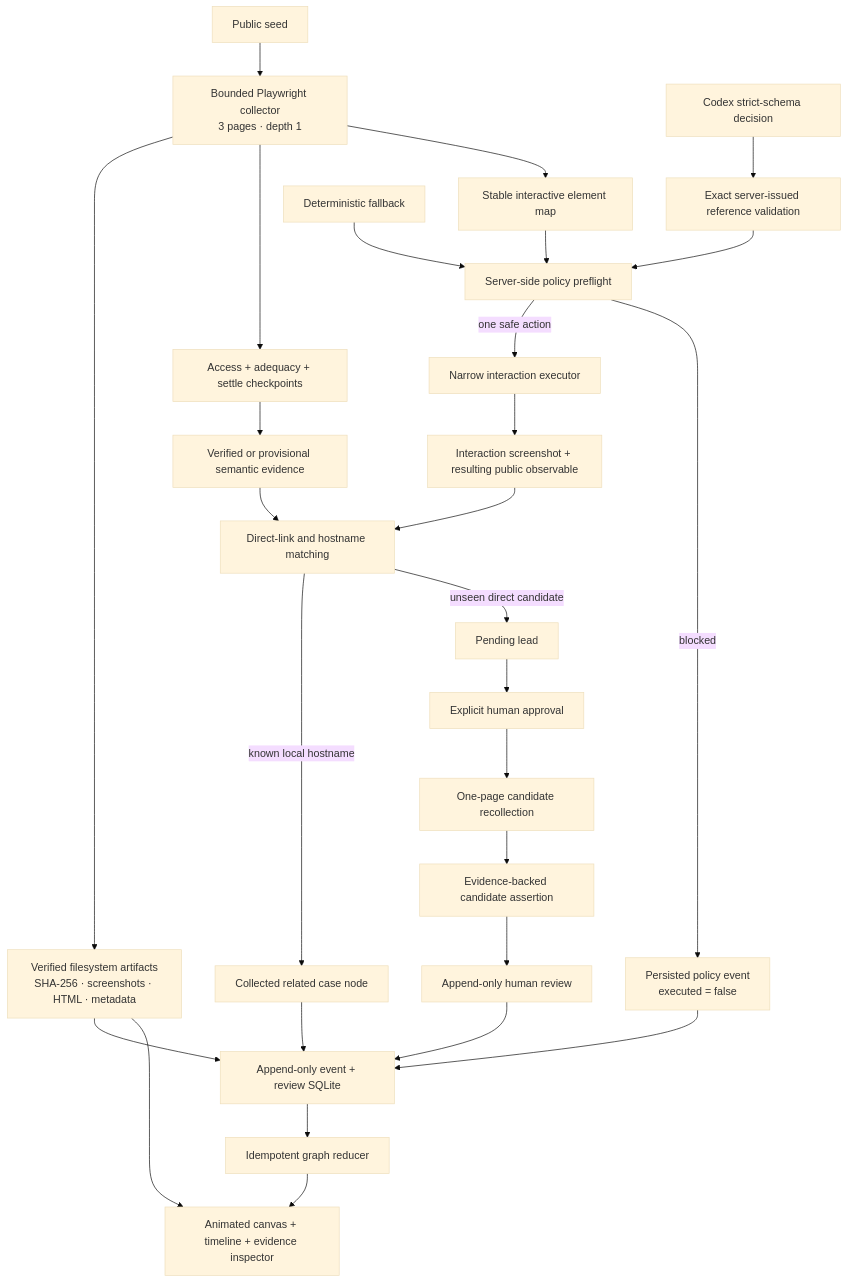
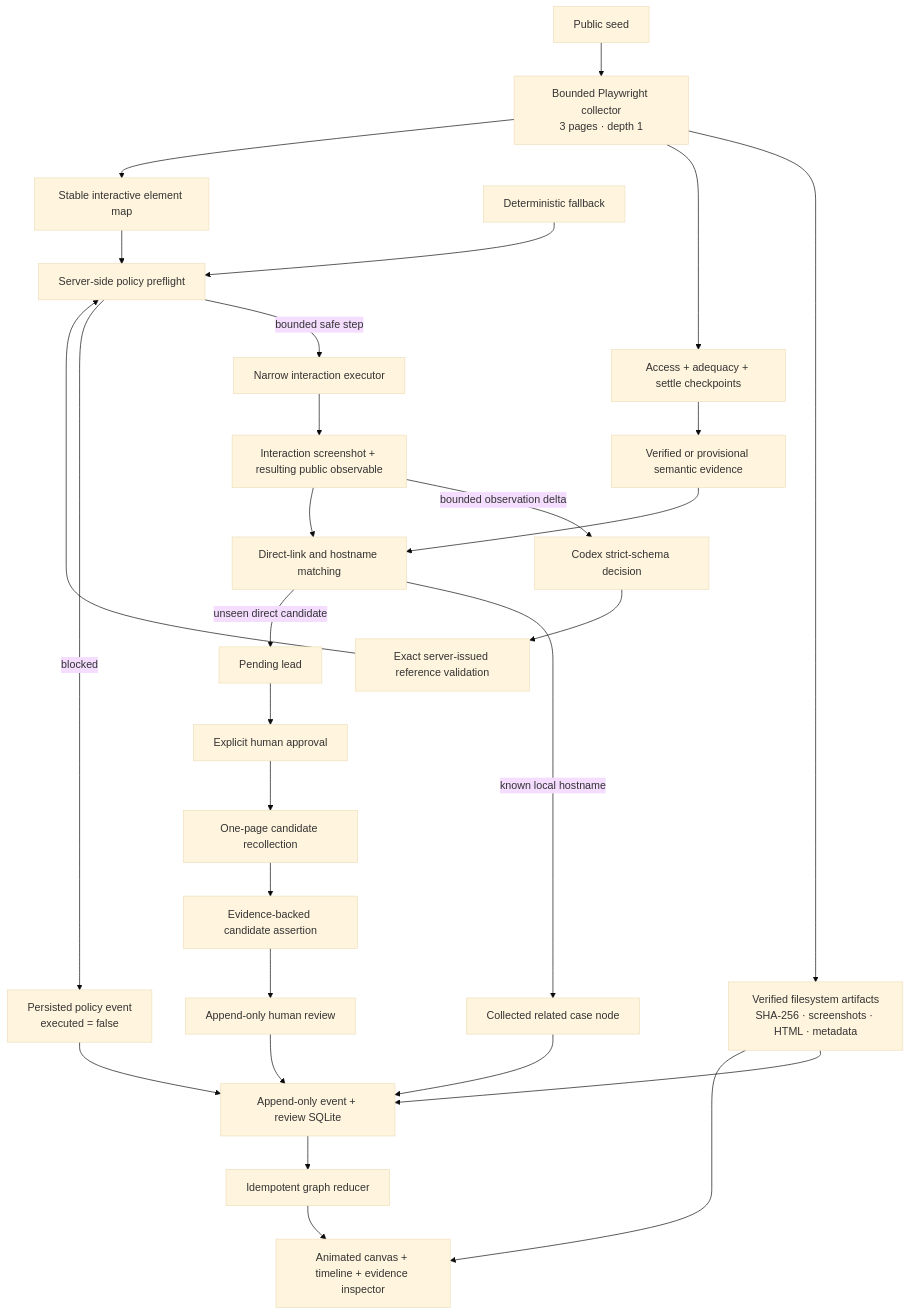
The diagram in gemastik-2026/PROPOSAL.md (myudak/hawkeye-judolgraph), drawn with Mermaid (base theme) before and after one commit. The commit also changed other lines of this file and 44 other files, not shown here.

````diff
--- a/gemastik-2026/PROPOSAL.md
+++ b/gemastik-2026/PROPOSAL.md
@@ -205,30 +208,31 @@
 ```mermaid
 flowchart TD
     S["Public seed"] --> C["Bounded Playwright collector<br/>3 pages · depth 1"]
     C --> A["Verified filesystem artifacts<br/>SHA-256 · screenshots · HTML · metadata"]
     C --> Q["Access + adequacy + settle checkpoints"]
     Q --> E["Verified or provisional semantic evidence"]
     C --> M["Stable interactive element map"]
     M --> P["Server-side policy preflight"]
     X["Codex strict-schema decision"] --> V["Exact server-issued reference validation"]
     F["Deterministic fallback"] --> P
     V --> P
-    P -->|"one safe action"| B["Narrow interaction executor"]
+    P -->|"bounded safe step"| B["Narrow interaction executor"]
     P -->|"blocked"| L["Persisted policy event<br/>executed = false"]
     B --> I["Interaction screenshot + resulting public observable"]
+    I -->|"bounded observation delta"| X
     E --> D["Direct-link and hostname matching"]
     I --> D
     D -->|"known local hostname"| K["Collected related case node"]
     D -->|"unseen direct candidate"| G["Pending lead"]
     G --> H["Explicit human approval"]
     H --> R["One-page candidate recollection"]
     R --> N["Evidence-backed candidate assertion"]
     N --> U["Append-only human review"]
     A --> DB["Append-only event + review SQLite"]
     K --> DB
     L --> DB
     U --> DB
     DB --> GR["Idempotent graph reducer"]
     GR --> UI["Animated canvas + timeline + evidence inspector"]
     A --> UI
 ```
````
